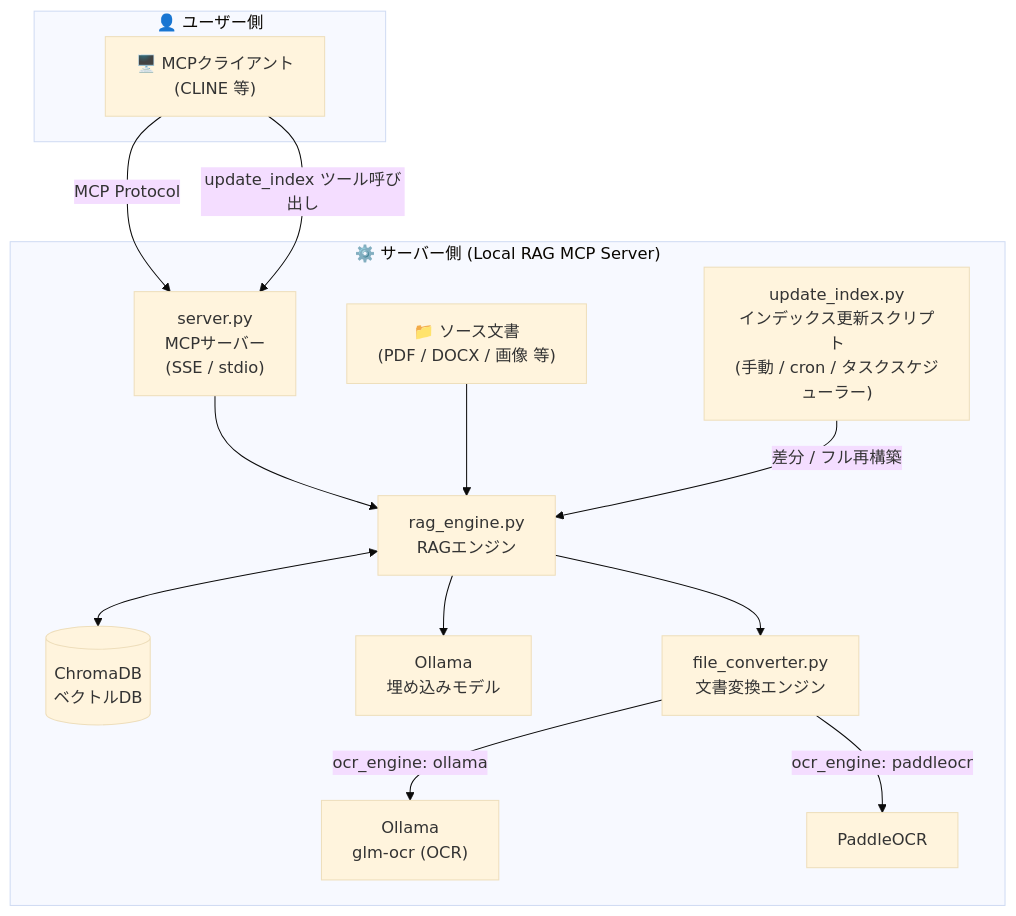
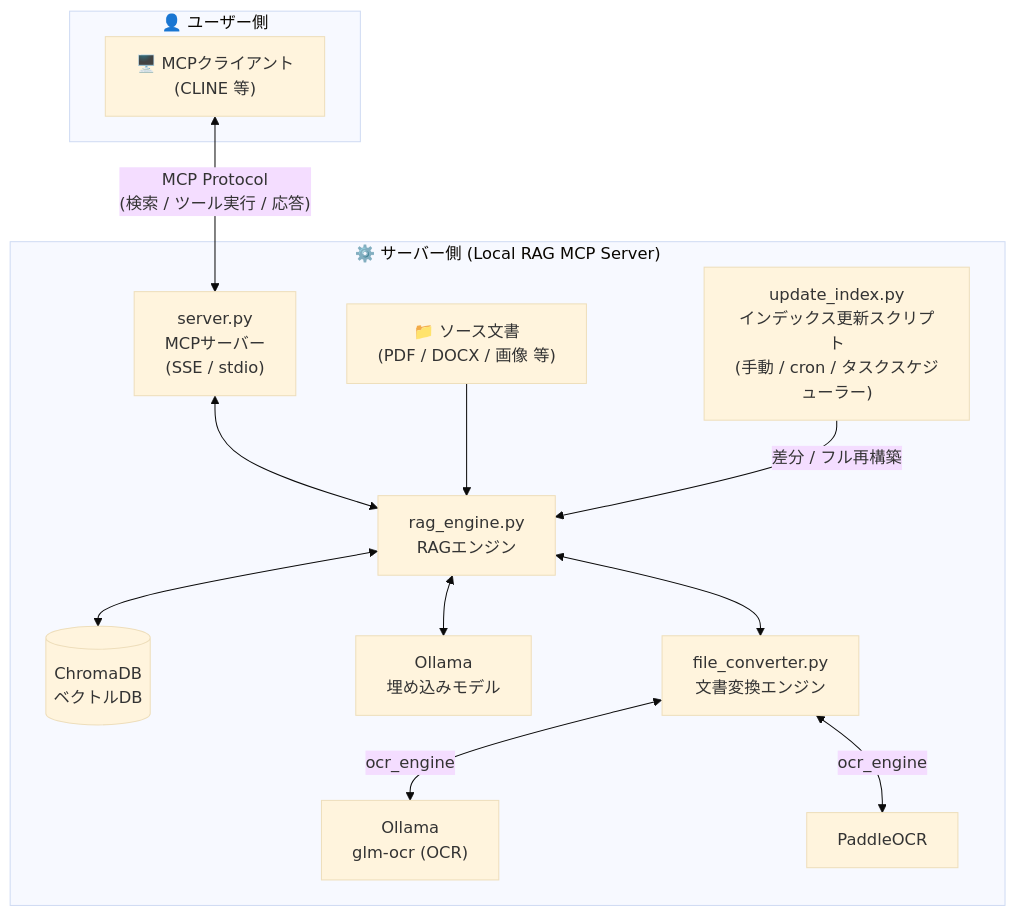
One commit to efn-2101/local-rag-mcp-server changed the diagram in README.md. Above: the diagram before and after it, drawn with Mermaid (base theme). The commit also changed other lines of this file and 9 other files, not shown here.

````diff
--- a/README.md
+++ b/README.md
@@ -31,29 +27,28 @@
 ```mermaid
 flowchart TD
     subgraph UserSide["👤 ユーザー側"]
         Client["🖥️ MCPクライアント<br/>(CLINE 等)"]
     end
 
     subgraph ServerSide["⚙️ サーバー側 (Local RAG MCP Server)"]
         Server["server.py<br/>MCPサーバー<br/>(SSE / stdio)"]
         RAG["rag_engine.py<br/>RAGエンジン"]
         Chroma[("ChromaDB<br/>ベクトルDB")]
         Ollama_Embed["Ollama<br/>埋め込みモデル"]
         Converter["file_converter.py<br/>文書変換エンジン"]
         OCR_Ollama["Ollama<br/>glm-ocr (OCR)"]
         OCR_Paddle["PaddleOCR"]
         UpdateIdx["update_index.py<br/>インデックス更新スクリプト<br/>(手動 / cron / タスクスケジューラー)"]
         Docs["📁 ソース文書<br/>(PDF / DOCX / 画像 等)"]
     end
 
-    Client -->|"MCP Protocol"| Server
-    Client -->|"update_index ツール呼び出し"| Server
-    Server --> RAG
+    Client <-->|"MCP Protocol<br/>(検索 / ツール実行 / 応答)"| Server
+    Server <--> RAG
     RAG <--> Chroma
-    RAG --> Ollama_Embed
-    RAG --> Converter
-    Converter -->|"ocr_engine: ollama"| OCR_Ollama
-    Converter -->|"ocr_engine: paddleocr"| OCR_Paddle
+    RAG <--> Ollama_Embed
+    RAG <--> Converter
+    Converter <-->|"ocr_engine"| OCR_Ollama
+    Converter <-->|"ocr_engine"| OCR_Paddle
     Docs --> RAG
     UpdateIdx -->|"差分 / フル再構築"| RAG
 ```
````
